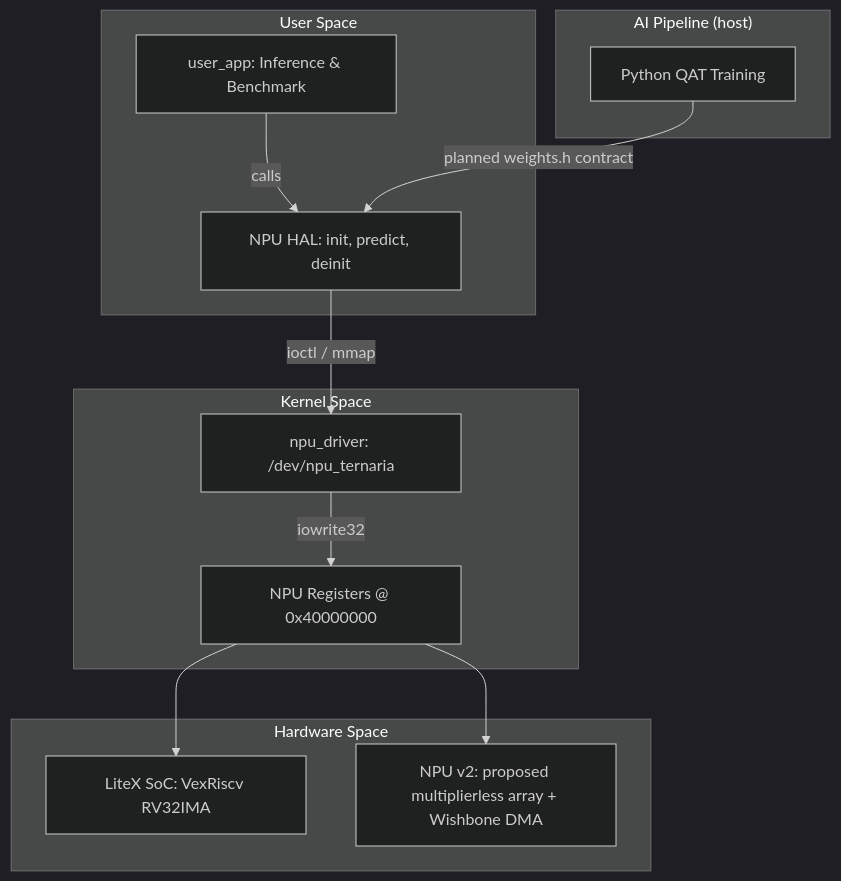
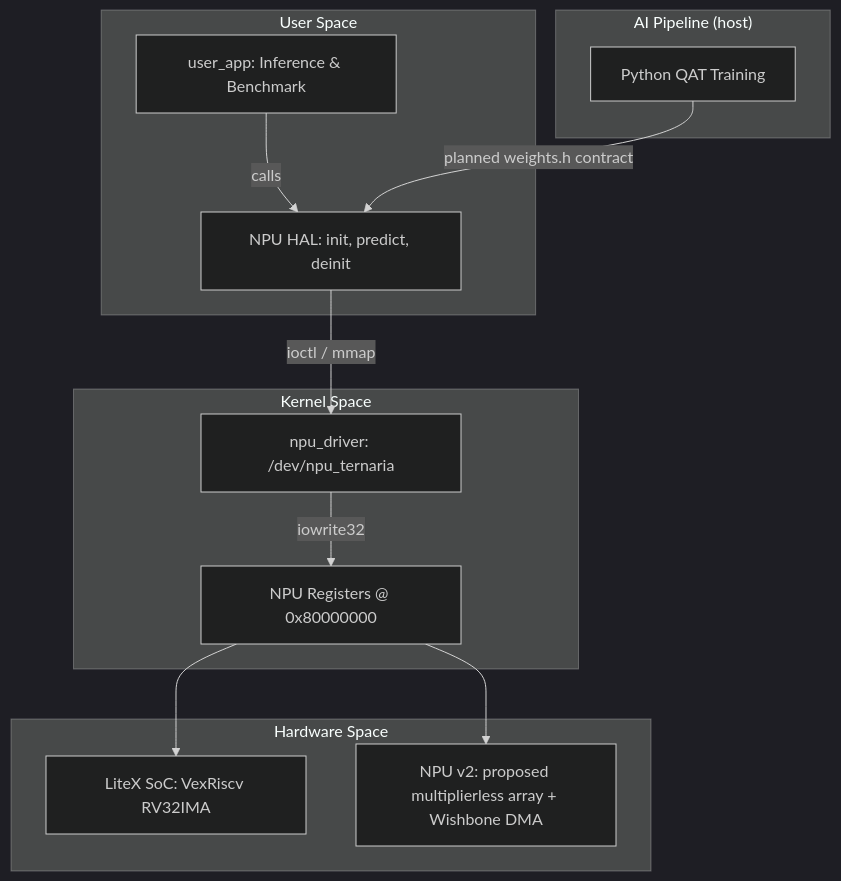
Before and after one commit to arthur-og/TernaryEdge-RV: the diagram in README.md, drawn with Mermaid (dark theme). The commit also changed other lines of this file and 3 other files, not shown here.

````diff
--- a/README.md
+++ b/README.md
@@ -39,20 +39,20 @@
 ```mermaid
 graph TD
     subgraph UserSpace ["User Space"]
         A[user_app: Inference & Benchmark]
         B[NPU HAL: init, predict, deinit]
         A -->|calls| B
     end
     subgraph KernelSpace ["Kernel Space"]
         C[npu_driver: /dev/npu_ternaria]
         B -->|ioctl / mmap| C
-        C -->|iowrite32| D[NPU Registers @ 0x40000000]
+        C -->|iowrite32| D[NPU Registers @ 0x80000000]
     end
     subgraph HardwareSpace ["Hardware Space"]
         D --> E[LiteX SoC: VexRiscv RV32IMA]
         D --> F[NPU v2: proposed multiplierless array + Wishbone DMA]
     end
     subgraph AIPipeline ["AI Pipeline (host)"]
         G[Python QAT Training] -->|planned weights.h contract| B
     end
 ```
````
